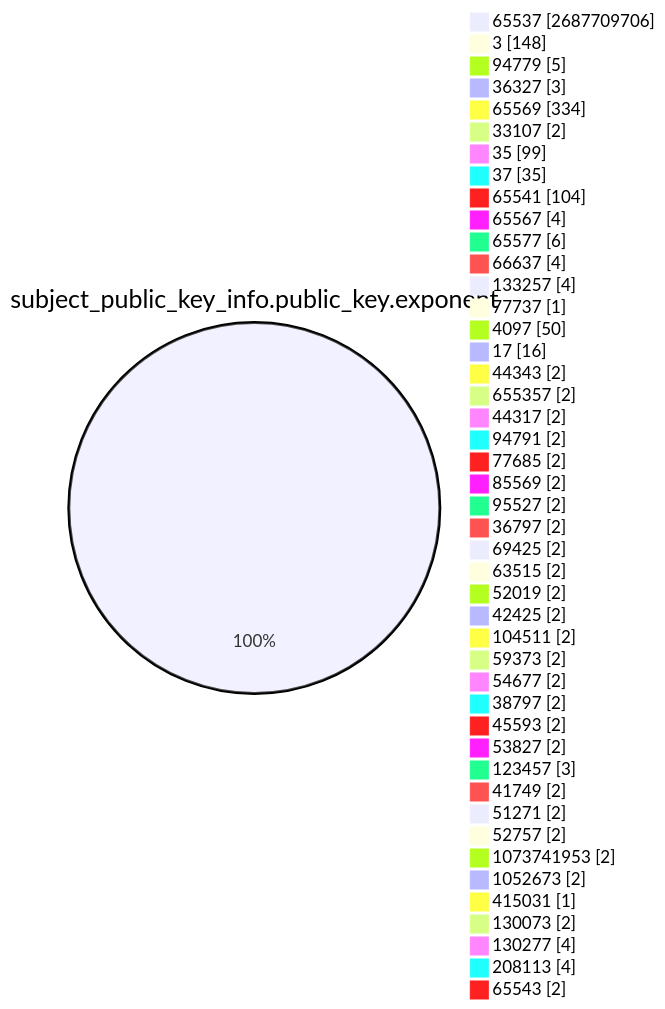
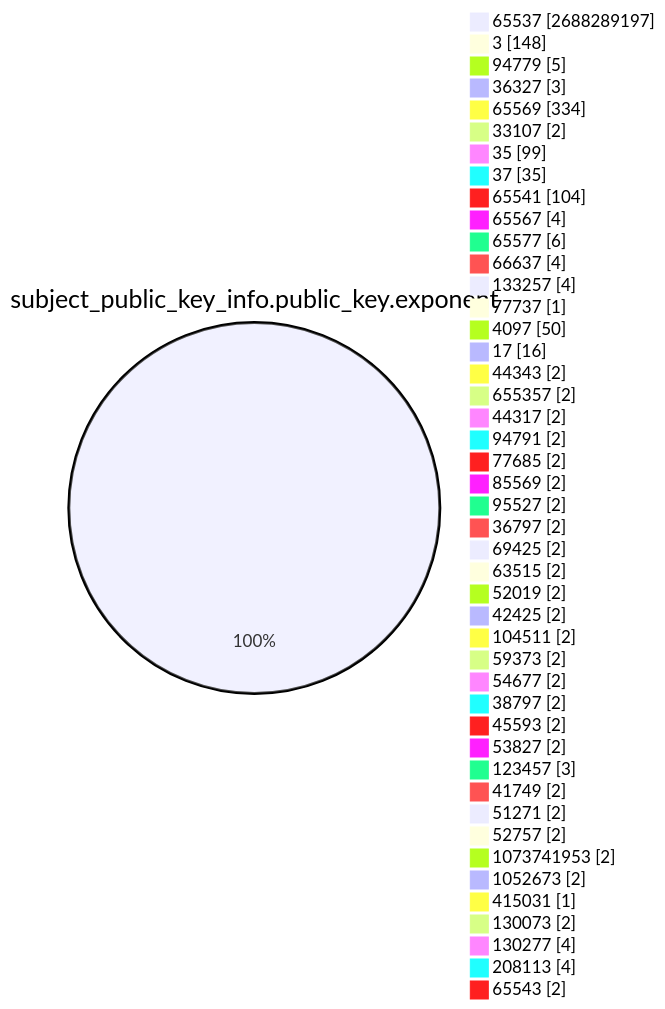
Before and after one commit to christiankrug/ctmonitor_visualization: the fourth of 15 diagrams in TOTAL/README.md, drawn with Mermaid. The commit also changed other lines of this file, not shown here.

````diff
--- a/TOTAL/README.md
+++ b/TOTAL/README.md
@@ -1466,49 +1466,49 @@
 ```mermaid
 pie showData
 title subject_public_key_info.public_key.exponent
-"65537" :2687709706
+"65537" :2688289197
 "3" :148
 "94779" :5
 "36327" :3
 "65569" :334
 "33107" :2
 "35" :99
 "37" :35
 "65541" :104
 "65567" :4
 "65577" :6
 "66637" :4
 "133257" :4
 "77737" :1
 "4097" :50
 "17" :16
 "44343" :2
 "655357" :2
 "44317" :2
 "94791" :2
 "77685" :2
 "85569" :2
 "95527" :2
 "36797" :2
 "69425" :2
 "63515" :2
 "52019" :2
 "42425" :2
 "104511" :2
 "59373" :2
 "54677" :2
 "38797" :2
 "45593" :2
 "53827" :2
 "123457" :3
 "41749" :2
 "51271" :2
 "52757" :2
 "1073741953" :2
 "1052673" :2
 "415031" :1
 "130073" :2
 "130277" :4
 "208113" :4
 "65543" :2
 ```
````
